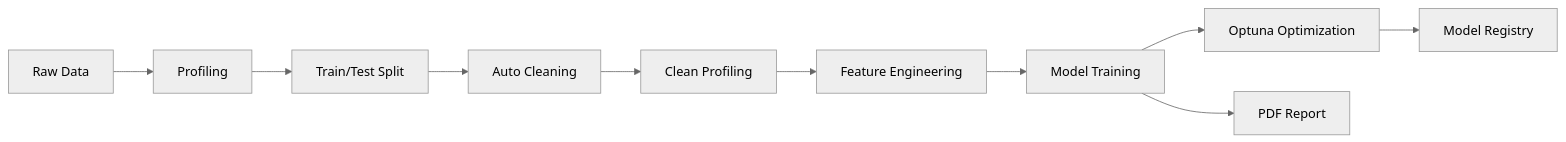
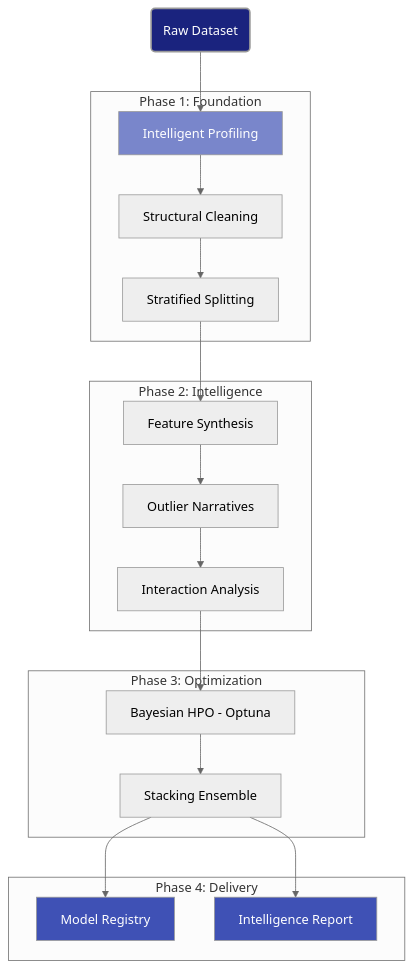
The diagram in docs/index.md (GhulamMuhammadNabeel/OctoLearn), drawn with Mermaid (neutral theme) before and after one commit. The commit also changed other lines of this file and 4 other files, not shown here.

````diff
--- a/docs/index.md
+++ b/docs/index.md
@@ -526,12 +526,36 @@
 ```mermaid
-graph LR
-    A[Raw Data] --> B[Profiling]
-    B --> C[Train/Test Split]
-    C --> D[Auto Cleaning]
-    D --> E[Clean Profiling]
-    E --> F[Feature Engineering]
-    F --> G[Model Training]
-    G --> H[Optuna Optimization]
-    H --> I[Model Registry]
-    G --> J[PDF Report]
+graph TD
+    %% Input Layer
+    Start(Raw Dataset) --> Profiling[Intelligent Profiling]
+
+    %% Structural Phase
+    subgraph "Phase 1: Foundation"
+        Profiling --> Clean[Structural Cleaning]
+        Clean --> Split[Stratified Splitting]
+    end
+
+    %% Intelligence Phase
+    subgraph "Phase 2: Intelligence"
+        Split --> FE[Feature Synthesis]
+        FE --> Out[Outlier Narratives]
+        Out --> Interaction[Interaction Analysis]
+    end
+
+    %% Optimization Phase
+    subgraph "Phase 3: Optimization"
+        Interaction --> Opt[Bayesian HPO - Optuna]
+        Opt --> Stk[Stacking Ensemble]
+    end
+
+    %% Delivery Phase
+    subgraph "Phase 4: Delivery"
+        Stk --> Reg[Model Registry]
+        Stk --> Rep[Intelligence Report]
+    end
+
+    %% Styling
+    style Start fill:#1a237e,color:#fff,stroke-width:2px
+    style Reg fill:#3f51b5,color:#fff
+    style Rep fill:#3f51b5,color:#fff
+    style Profiling fill:#7986cb,color:#fff
 ```
````
